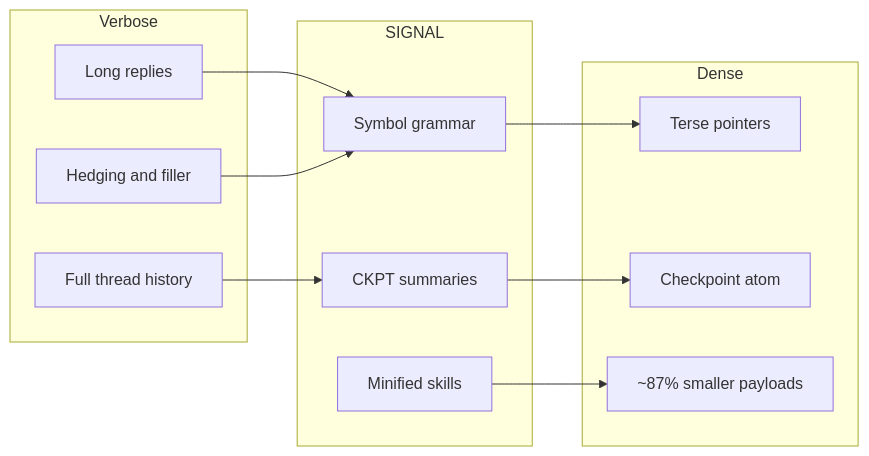
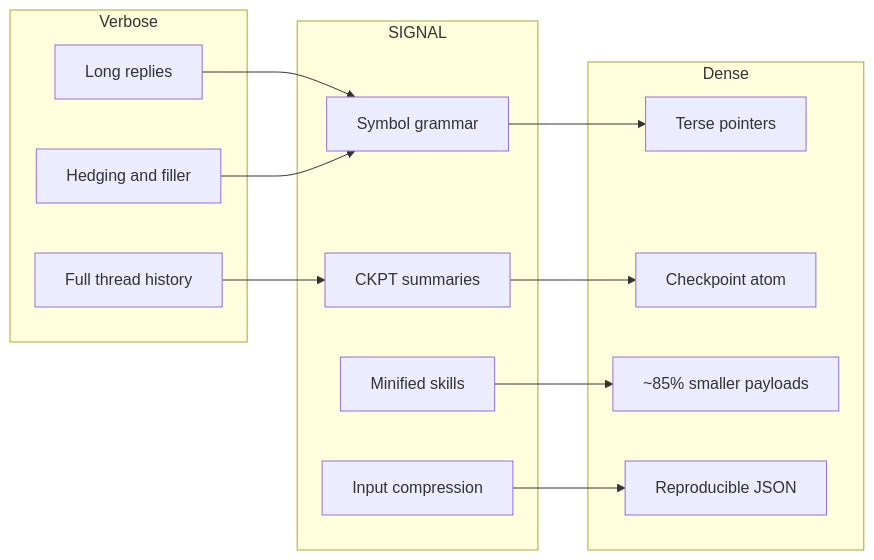
Before and after one commit to mattbaconz/signal: the first of 3 diagrams in README.md, drawn with Mermaid. The commit also changed other lines of this file and 1 other file, not shown here.

````diff
--- a/README.md
+++ b/README.md
@@ -202,24 +209,27 @@
 ```mermaid
 flowchart LR
   subgraph inputs [Verbose]
     V1[Long replies]
     V2[Full thread history]
     V3[Hedging and filler]
   end
   subgraph signal [SIGNAL]
     S[Symbol grammar]
     C[CKPT summaries]
     M[Minified skills]
+    I[Input compression]
   end
   subgraph outputs [Dense]
     D1[Terse pointers]
     D2[Checkpoint atom]
-    D3[~87% smaller payloads]
+    D3[~85% smaller payloads]
+    D4[Reproducible JSON]
   end
   V1 --> S
   V2 --> C
   V3 --> S
   S --> D1
   C --> D2
   M --> D3
+  I --> D4
 ```
````
